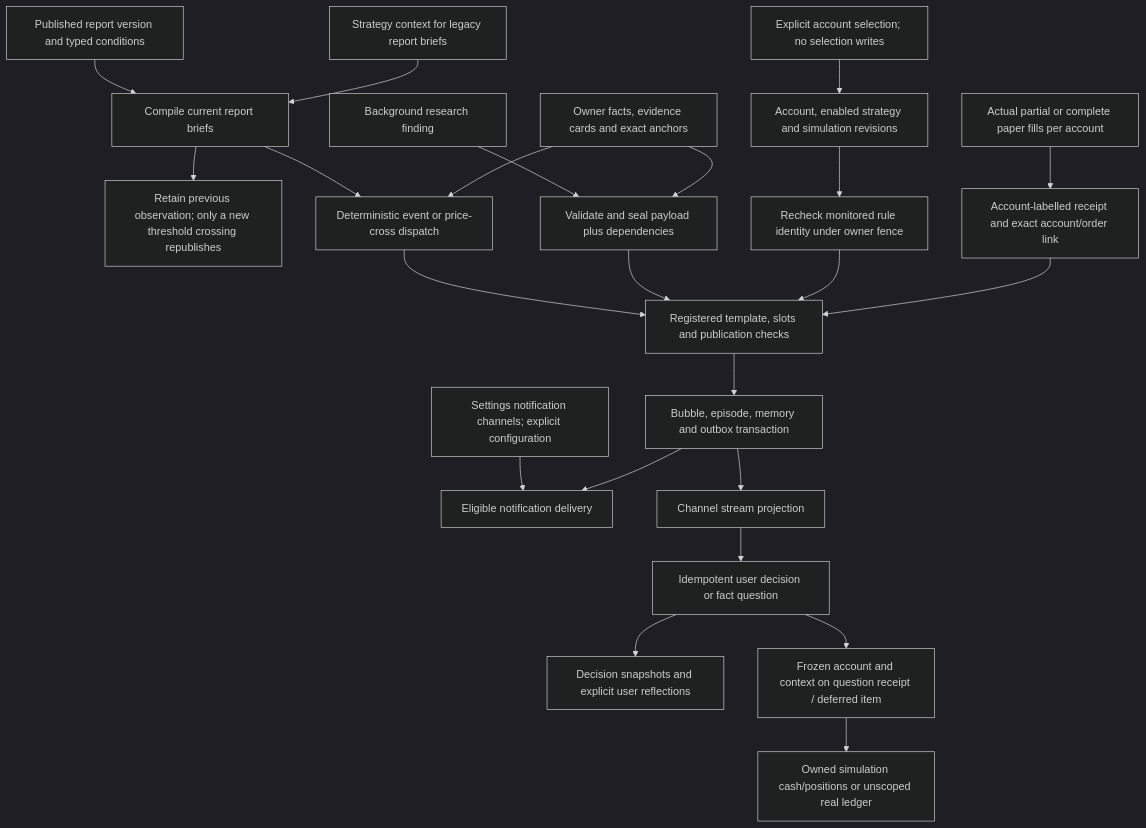
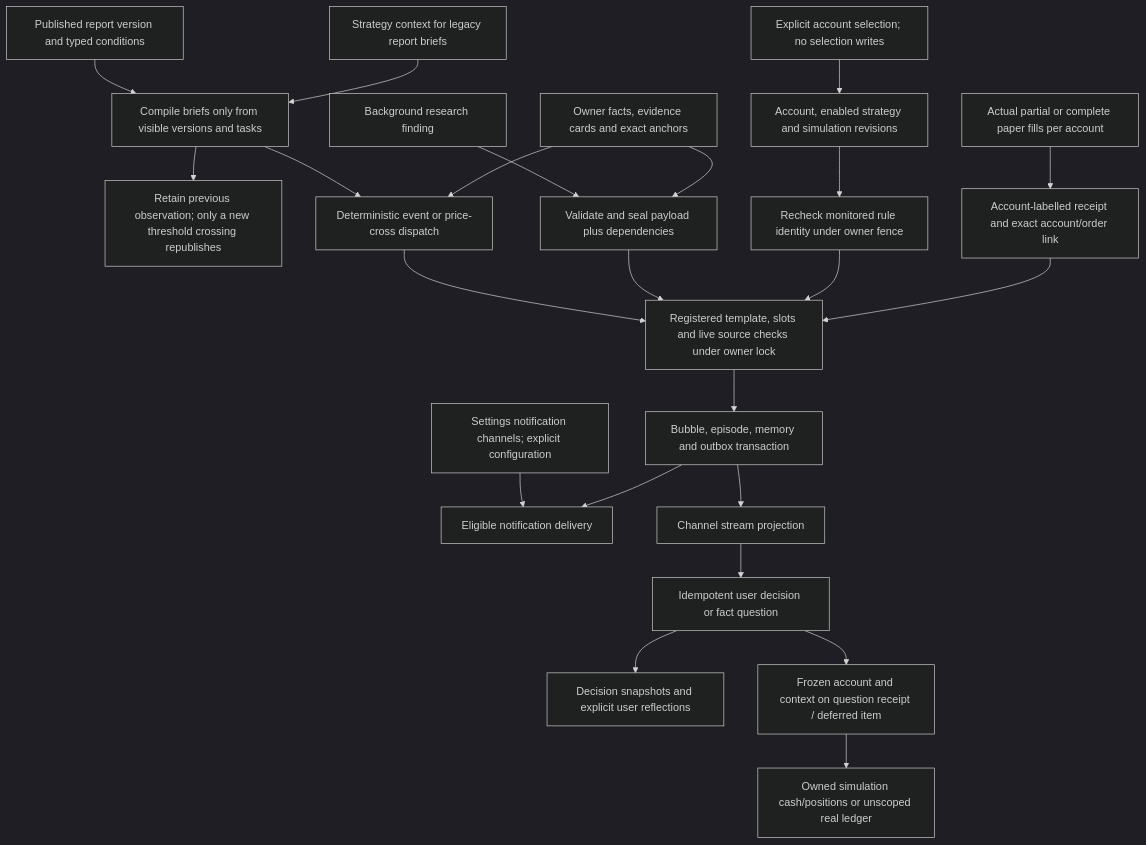
Before and after one commit to Lueyu/squabble: the fourth of 5 diagrams in docs/architecture.md, drawn with Mermaid (dark theme). The commit also changed other lines of this file and 78 other files, not shown here.

````diff
--- a/docs/architecture.md
+++ b/docs/architecture.md
@@ -229,25 +236,25 @@
 ```mermaid
 flowchart TD
-    report["Published report version and typed conditions"] --> brief["Compile current report briefs"]
+    report["Published report version and typed conditions"] --> brief["Compile briefs only from visible versions and tasks"]
     strategyChange["Strategy context for legacy report briefs"] --> brief
     select["Explicit account selection; no selection writes"] --> runtime
     brief --> crossings["Retain previous observation; only a new threshold crossing republishes"]
     brief --> event["Deterministic event or price-cross dispatch"]
     change["Background research finding"] --> seal["Validate and seal payload plus dependencies"]
     facts["Owner facts, evidence cards and exact anchors"] --> event
     facts --> seal
-    event --> gate["Registered template, slots and publication checks"]
+    event --> gate["Registered template, slots and live source checks under owner lock"]
     seal --> gate
     runtime["Account, enabled strategy and simulation revisions"] --> authority["Recheck monitored rule identity under owner fence"]
     authority --> gate
     fills["Actual partial or complete paper fills per account"] --> receipt["Account-labelled receipt and exact account/order link"]
     notificationSettings["Settings notification channels; explicit configuration"] --> notification
     receipt --> gate
     gate --> transaction["Bubble, episode, memory and outbox transaction"]
     transaction --> stream["Channel stream projection"]
     transaction --> notification["Eligible notification delivery"]
     stream --> action["Idempotent user decision or fact question"]
     action --> history["Decision snapshots and explicit user reflections"]
     action --> question["Frozen account and context on question receipt / deferred item"]
     question --> ledgerRead["Owned simulation cash/positions or unscoped real ledger"]
 ```
````
